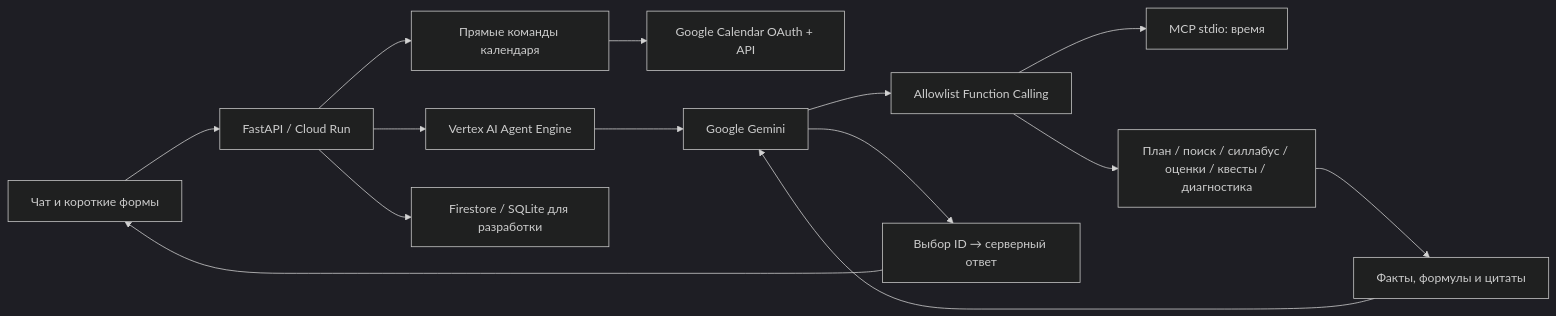
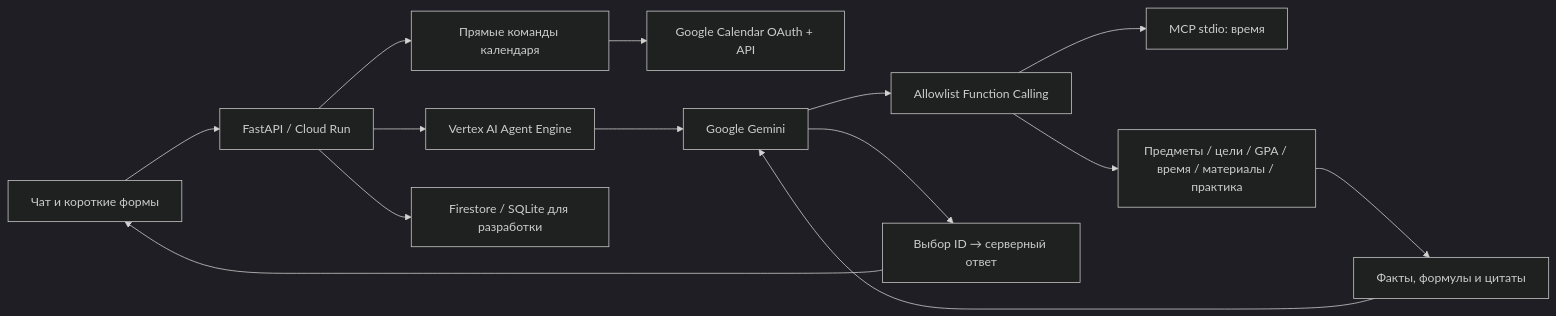
One commit to tomirizz/campuspulse-ai changed the diagram in docs/ARCHITECTURE.md. Above: the diagram before and after it, drawn with Mermaid (dark theme). The commit also changed other lines of this file and 89 other files, not shown here.

````diff
--- a/docs/ARCHITECTURE.md
+++ b/docs/ARCHITECTURE.md
@@ -3,16 +3,16 @@
 ```mermaid
 flowchart LR
  UI[Чат и короткие формы] --> API[FastAPI / Cloud Run]
  API --> GUARD[Прямые команды календаря]
  GUARD --> GC[Google Calendar OAuth + API]
  API --> ENGINE[Vertex AI Agent Engine]
  ENGINE --> GEM[Google Gemini]
  GEM --> HUB[Allowlist Function Calling]
  HUB --> MCP[MCP stdio: время]
- HUB --> RULES[План / поиск / силлабус / оценки / квесты / диагностика]
+ HUB --> RULES[Предметы / цели / GPA / время / материалы / практика]
  RULES --> PROOF[Факты, формулы и цитаты]
  PROOF --> GEM
  GEM --> RENDER[Выбор ID → серверный ответ]
  RENDER --> UI
  API --> DB[Firestore / SQLite для разработки]
 ```
````
